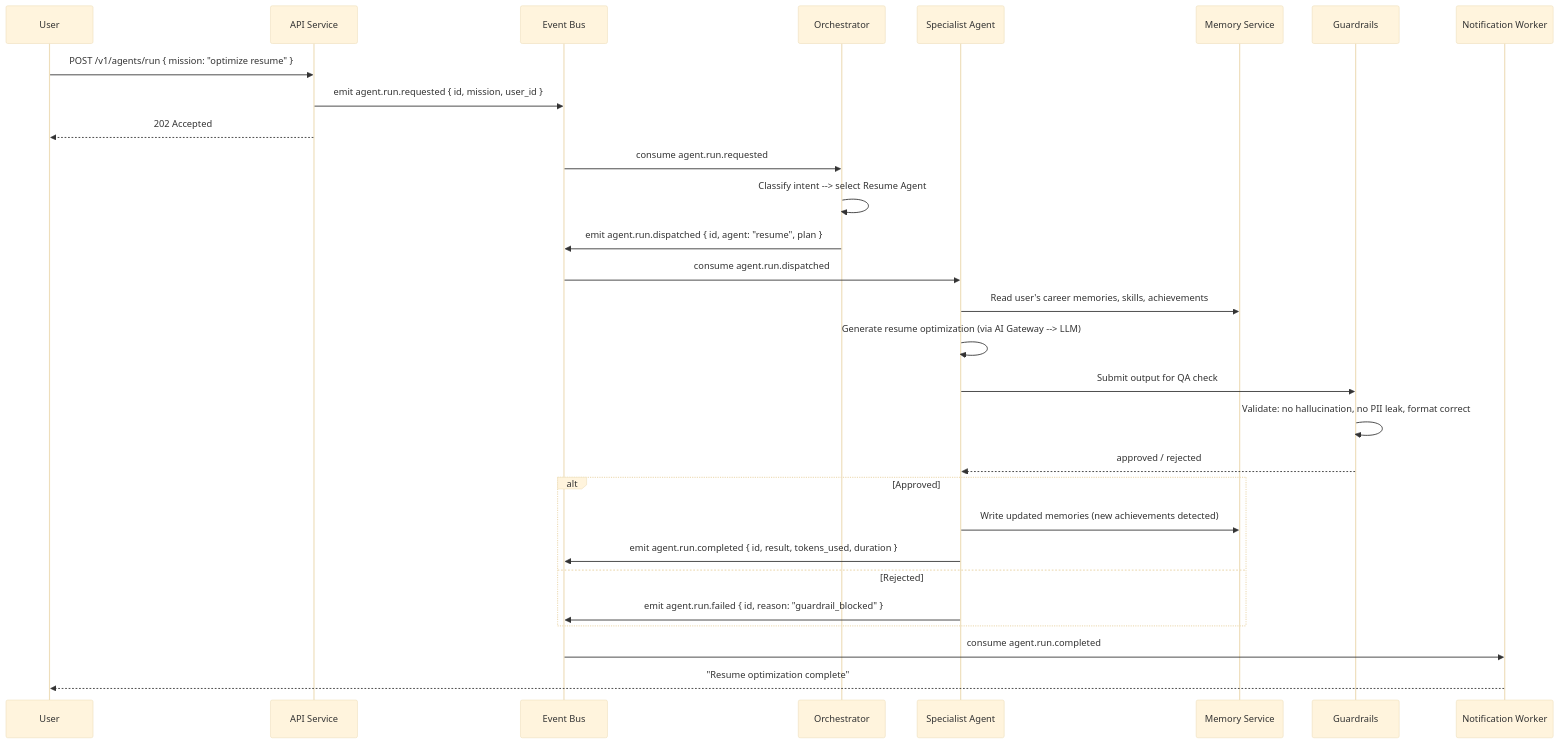
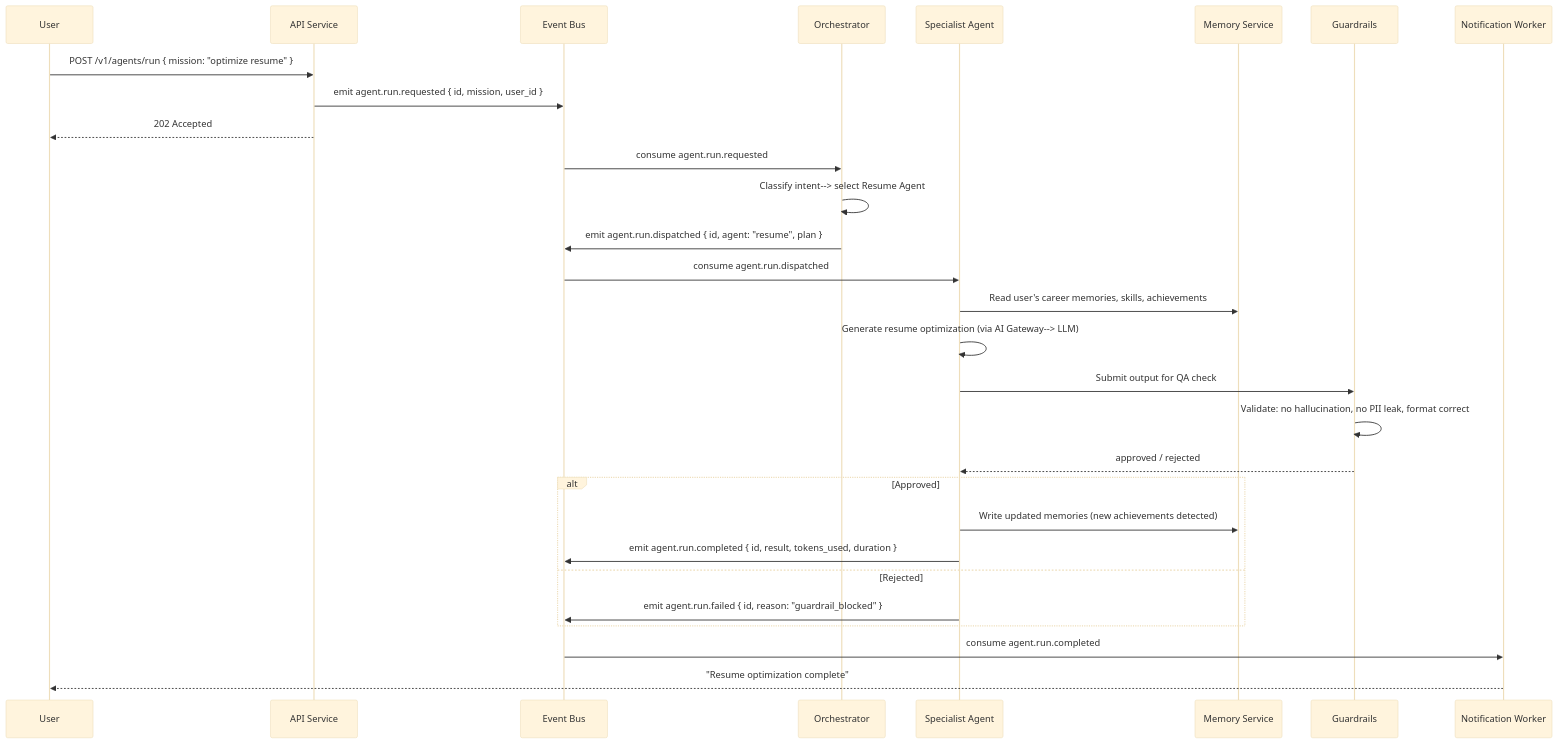
Before and after one commit to Driftloom/Vaeloom: the third of 4 diagrams in docs/architecture/Event-Flow.md, drawn with Mermaid (base theme). The commit also changed other lines of this file and 694 other files, not shown here.

First line of the commit message:
docs: mermaid standardization — encoding/mermaid/duplicate cleanup

````diff
--- a/docs/architecture/Event-Flow.md
+++ b/docs/architecture/Event-Flow.md
@@ -139,36 +139,36 @@
 ```mermaid
 sequenceDiagram
-    participant U as User
-    participant API as API Service
-    participant STREAM as Event Bus
-    participant ORCH as Orchestrator
-    participant AGENT as Specialist Agent
-    participant MEMORY as Memory Service
-    participant GUARD as Guardrails
-    participant NOTIF as Notification Worker
+ participant U as User
+ participant API as API Service
+ participant STREAM as Event Bus
+ participant ORCH as Orchestrator
+ participant AGENT as Specialist Agent
+ participant MEMORY as Memory Service
+ participant GUARD as Guardrails
+ participant NOTIF as Notification Worker
 
-    U->>API: POST /v1/agents/run { mission: "optimize resume" }
-    API->>STREAM: emit agent.run.requested { id, mission, user_id }
-    API-->>U: 202 Accepted
+ U->>API: POST /v1/agents/run { mission: "optimize resume" }
+ API->>STREAM: emit agent.run.requested { id, mission, user_id }
+ API-->>U: 202 Accepted
 
-    STREAM->>ORCH: consume agent.run.requested
-    ORCH->>ORCH: Classify intent --> select Resume Agent
-    ORCH->>STREAM: emit agent.run.dispatched { id, agent: "resume", plan }
+ STREAM->>ORCH: consume agent.run.requested
+ ORCH->>ORCH: Classify intent--> select Resume Agent
+ ORCH->>STREAM: emit agent.run.dispatched { id, agent: "resume", plan }
 
-    STREAM->>AGENT: consume agent.run.dispatched
-    AGENT->>MEMORY: Read user's career memories, skills, achievements
-    AGENT->>AGENT: Generate resume optimization (via AI Gateway --> LLM)
-    AGENT->>GUARD: Submit output for QA check
-    GUARD->>GUARD: Validate: no hallucination, no PII leak, format correct
-    GUARD-->>AGENT: approved / rejected
+ STREAM->>AGENT: consume agent.run.dispatched
+ AGENT->>MEMORY: Read user's career memories, skills, achievements
+ AGENT->>AGENT: Generate resume optimization (via AI Gateway--> LLM)
+ AGENT->>GUARD: Submit output for QA check
+ GUARD->>GUARD: Validate: no hallucination, no PII leak, format correct
+ GUARD-->>AGENT: approved / rejected
 
-    alt Approved
-        AGENT->>MEMORY: Write updated memories (new achievements detected)
-        AGENT->>STREAM: emit agent.run.completed { id, result, tokens_used, duration }
-    else Rejected
-        AGENT->>STREAM: emit agent.run.failed { id, reason: "guardrail_blocked" }
-    end
+ alt Approved
+ AGENT->>MEMORY: Write updated memories (new achievements detected)
+ AGENT->>STREAM: emit agent.run.completed { id, result, tokens_used, duration }
+ else Rejected
+ AGENT->>STREAM: emit agent.run.failed { id, reason: "guardrail_blocked" }
+ end
 
-    STREAM->>NOTIF: consume agent.run.completed
-    NOTIF-->>U: "Resume optimization complete"
+ STREAM->>NOTIF: consume agent.run.completed
+ NOTIF-->>U: "Resume optimization complete"
 ```
````
